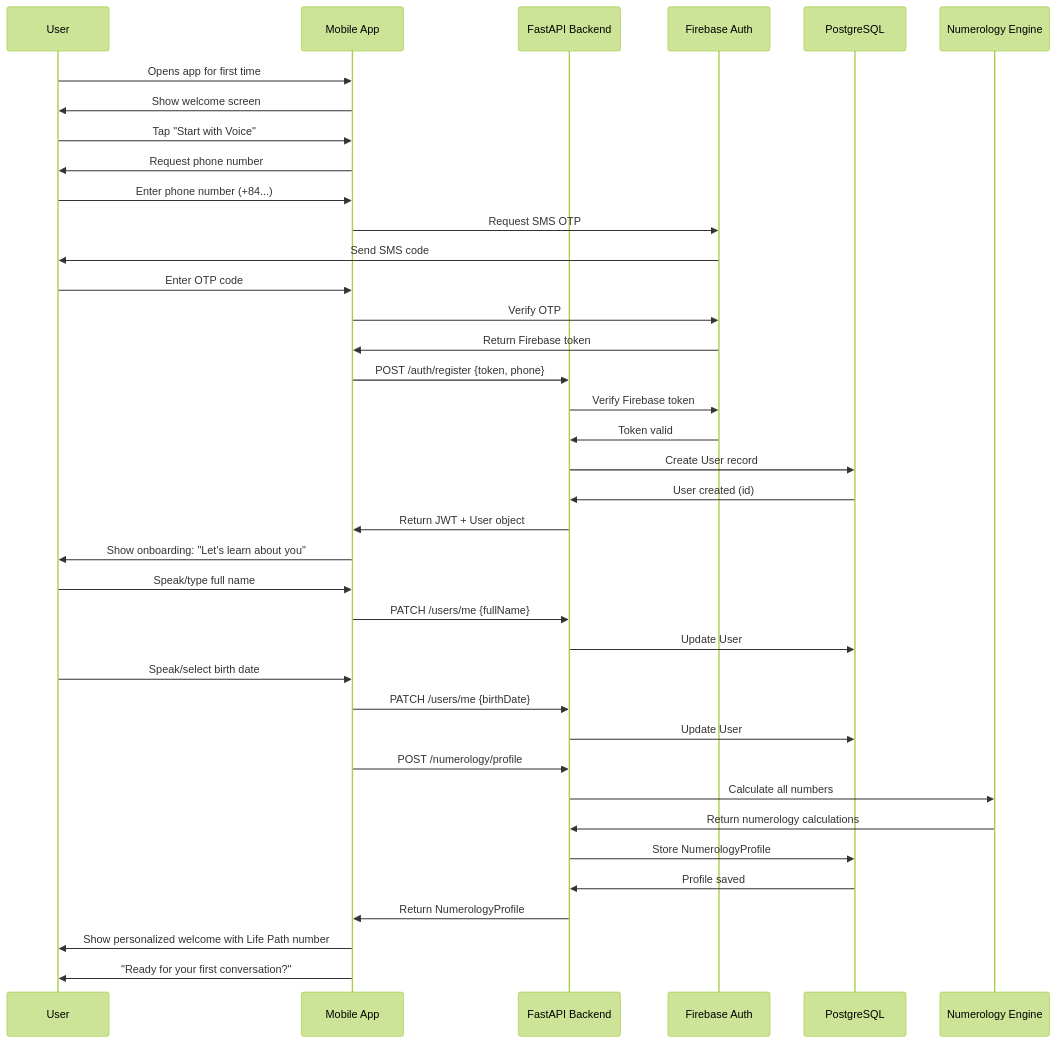
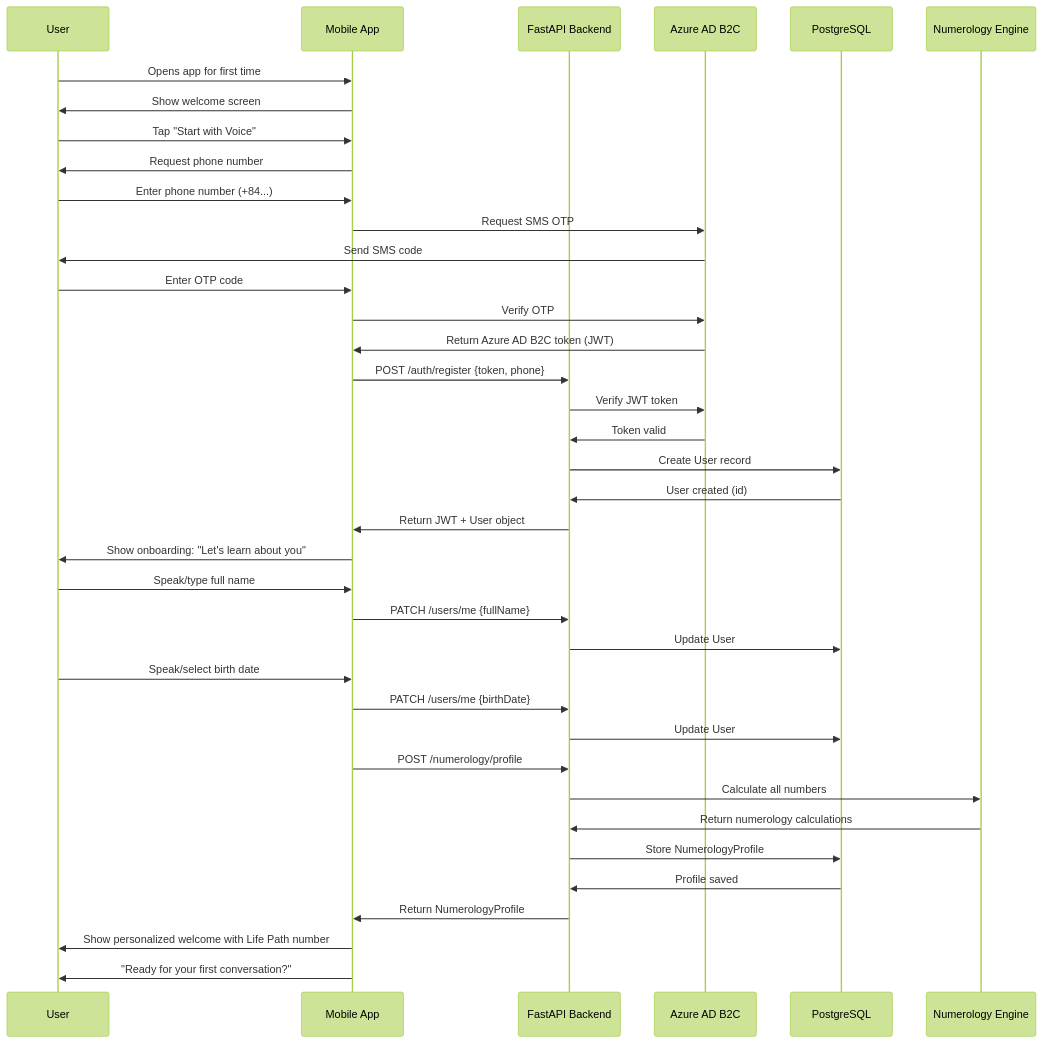
One commit to hieutrtr/numerologist changed the second of 6 diagrams in docs/architecture.md. Above: the diagram before and after it, drawn with Mermaid (forest theme). The commit also changed other lines of this file, not shown here.

Commit message:
review architecture doc

````diff
--- a/docs/architecture.md
+++ b/docs/architecture.md
@@ -1159,44 +1247,44 @@
 ```mermaid
 sequenceDiagram
     participant U as User
     participant M as Mobile App
     participant API as FastAPI Backend
-    participant FB as Firebase Auth
+    participant ADB2C as Azure AD B2C
     participant DB as PostgreSQL
     participant NUM as Numerology Engine
 
     U->>M: Opens app for first time
     M->>U: Show welcome screen
     U->>M: Tap "Start with Voice"
     M->>U: Request phone number
     U->>M: Enter phone number (+84...)
-    M->>FB: Request SMS OTP
-    FB->>U: Send SMS code
+    M->>ADB2C: Request SMS OTP
+    ADB2C->>U: Send SMS code
     U->>M: Enter OTP code
-    M->>FB: Verify OTP
-    FB->>M: Return Firebase token
+    M->>ADB2C: Verify OTP
+    ADB2C->>M: Return Azure AD B2C token (JWT)
     M->>API: POST /auth/register {token, phone}
-    API->>FB: Verify Firebase token
-    FB->>API: Token valid
+    API->>ADB2C: Verify JWT token
+    ADB2C->>API: Token valid
     API->>DB: Create User record
     DB->>API: User created (id)
     API->>M: Return JWT + User object
     
     M->>U: Show onboarding: "Let's learn about you"
     U->>M: Speak/type full name
     M->>API: PATCH /users/me {fullName}
     API->>DB: Update User
     U->>M: Speak/select birth date
     M->>API: PATCH /users/me {birthDate}
     API->>DB: Update User
     
     M->>API: POST /numerology/profile
     API->>NUM: Calculate all numbers
     NUM->>API: Return numerology calculations
     API->>DB: Store NumerologyProfile
     DB->>API: Profile saved
     API->>M: Return NumerologyProfile
     
     M->>U: Show personalized welcome with Life Path number
     M->>U: "Ready for your first conversation?"
 ```
````
